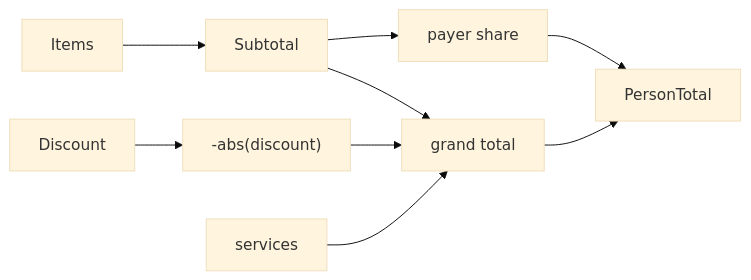
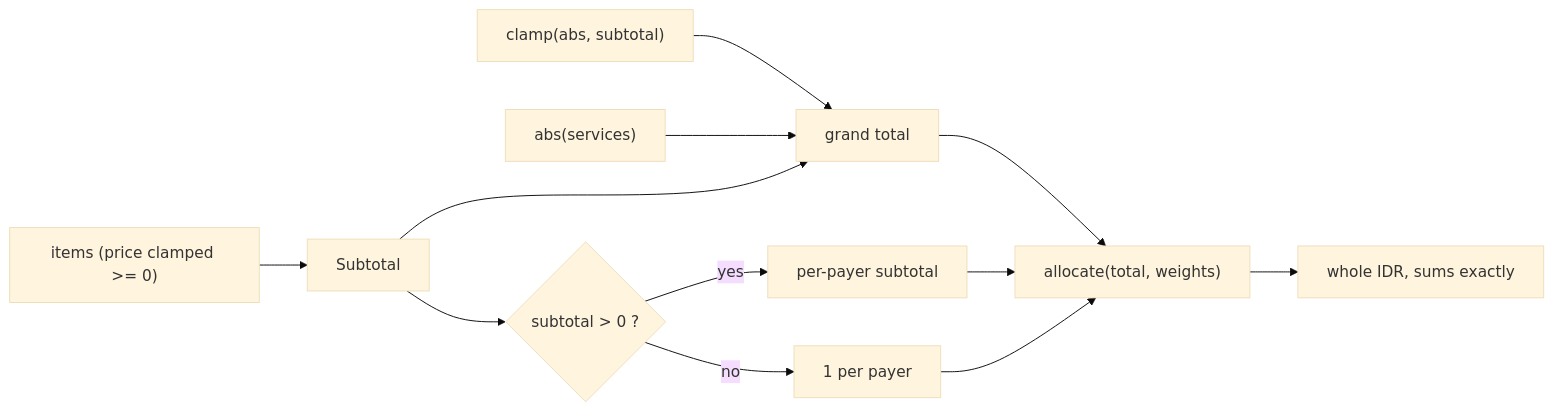
The diagram in lode/billing/split-calculation.md (MrMissx/split-bill), drawn with Mermaid (base theme) before and after one commit. The commit also changed other lines of this file and 14 other files, not shown here.

Commit message:
fix(billing): allocate rounding, clamp discount, guard NaN (#1)

````diff
--- a/lode/billing/split-calculation.md
+++ b/lode/billing/split-calculation.md
@@ -22,11 +26,14 @@
 ```mermaid
 flowchart LR
-  Items --> Subtotal
-  Subtotal --> Share["payer share"]
-  Discount --> TrueDisc["-abs(discount)"]
-  Fee["services"] --> Grand
-  TrueDisc --> Grand["grand total"]
+  Items["items (price clamped >= 0)"] --> Subtotal
+  Subtotal --> Weights{"subtotal > 0 ?"}
+  Weights -->|yes| PerPayer["per-payer subtotal"]
+  Weights -->|no| Even["1 per payer"]
+  Discount["clamp(abs, subtotal)"] --> Grand["grand total"]
+  Fee["abs(services)"] --> Grand
   Subtotal --> Grand
-  Share --> PersonTotal
-  Grand --> PersonTotal
+  Grand --> Alloc["allocate(total, weights)"]
+  PerPayer --> Alloc
+  Even --> Alloc
+  Alloc --> PersonTotal["whole IDR, sums exactly"]
 ```
````
